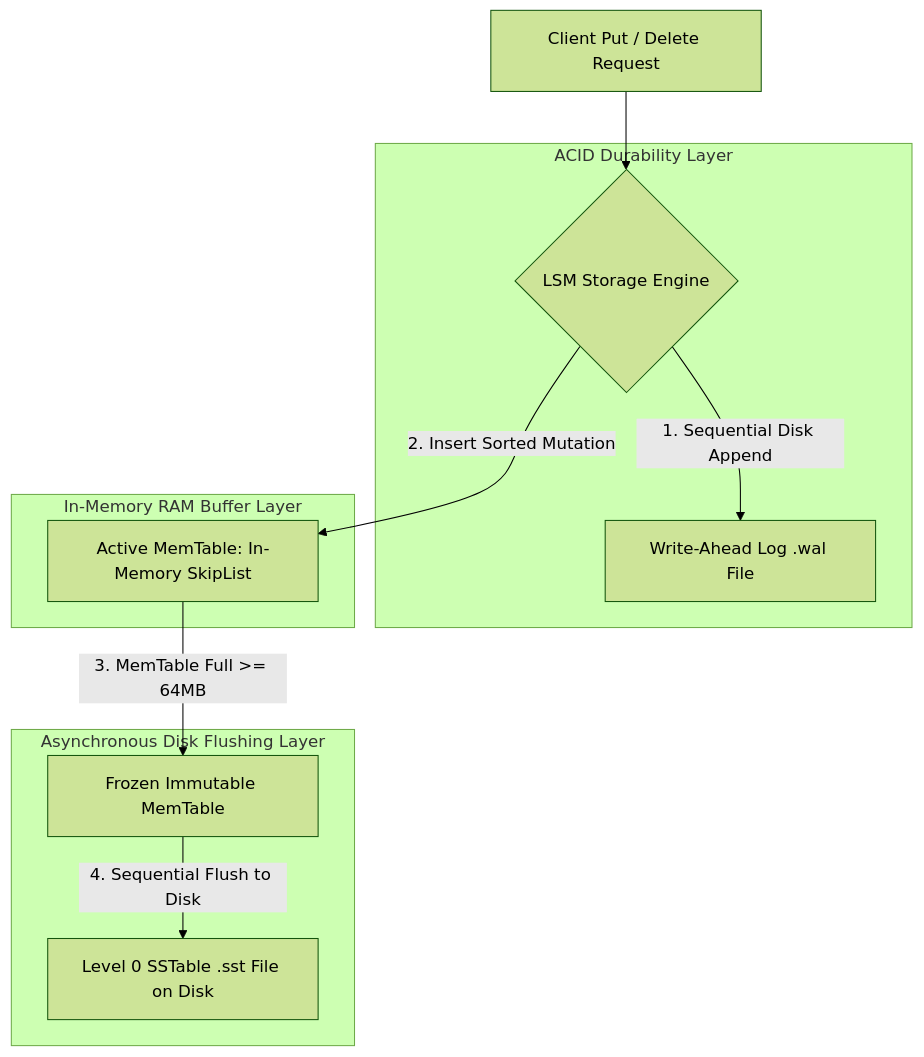
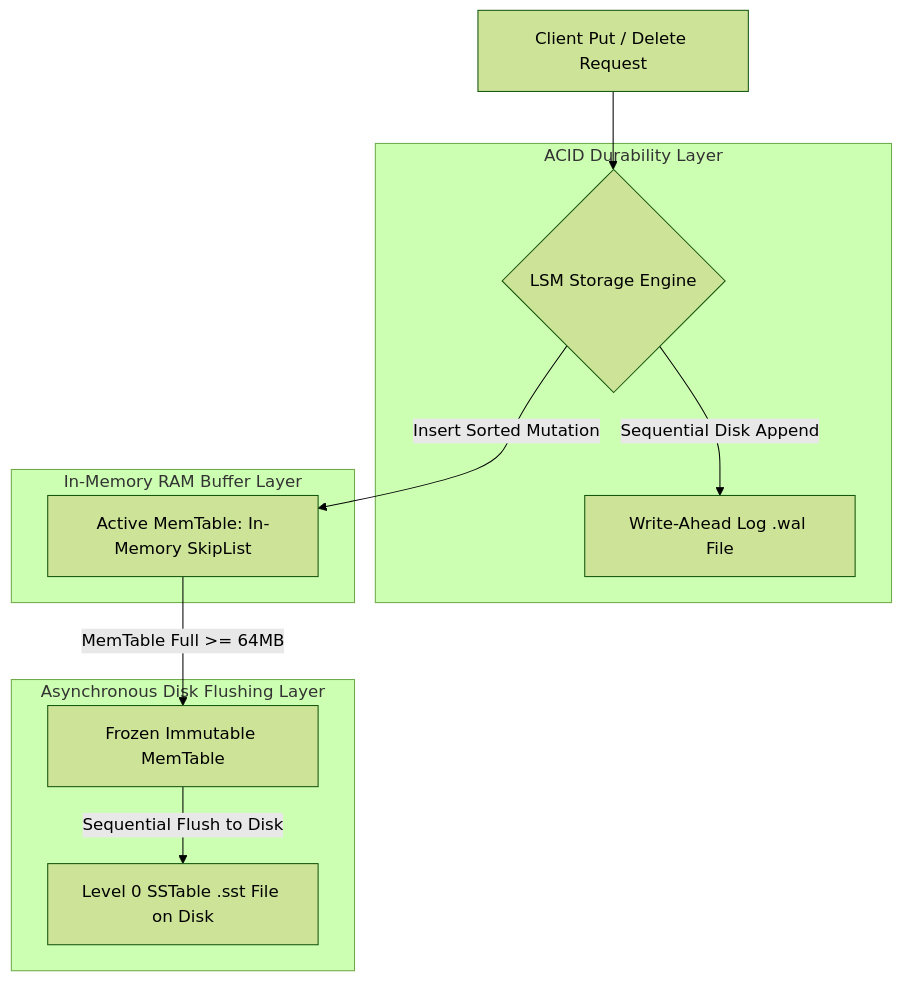
One commit to akmalkhaniub/akmalkhaniub.github.io changed the diagram in blog/posts/lsm-tree-architecture-memtable-wal-sstable-ingestion.md. Above: the diagram before and after it, drawn with Mermaid (forest theme). The commit also changed 411 other files, not shown here.

````diff
--- a/blog/posts/lsm-tree-architecture-memtable-wal-sstable-ingestion.md
+++ b/blog/posts/lsm-tree-architecture-memtable-wal-sstable-ingestion.md
@@ -19,17 +19,17 @@
 ```mermaid
-graph TD
+flowchart TD
   WriteReq[Client Put / Delete Request] --> Engine{LSM Storage Engine}
   
   subgraph SG1_AcidDurabilityLayer ["ACID Durability Layer"]
-    Engine -->|1. Sequential Disk Append| WAL[Write-Ahead Log .wal File]
+    Engine -->|Sequential Disk Append| WAL[Write-Ahead Log .wal File]
   end
   
   subgraph SG2_InMemoryRam ["In-Memory RAM Buffer Layer"]
-    Engine -->|2. Insert Sorted Mutation| MemTable[Active MemTable: In-Memory SkipList]
+    Engine -->|Insert Sorted Mutation| MemTable[Active MemTable: In-Memory SkipList]
   end
   
   subgraph SG3_AsynchronousDiskFlushing ["Asynchronous Disk Flushing Layer"]
-    MemTable -->|3. MemTable Full >= 64MB| ImmutableMem[Frozen Immutable MemTable]
-    ImmutableMem -->|4. Sequential Flush to Disk| Level0SST[Level 0 SSTable .sst File on Disk]
+    MemTable -->|MemTable Full >= 64MB| ImmutableMem[Frozen Immutable MemTable]
+    ImmutableMem -->|Sequential Flush to Disk| Level0SST[Level 0 SSTable .sst File on Disk]
   end
 ```
````
